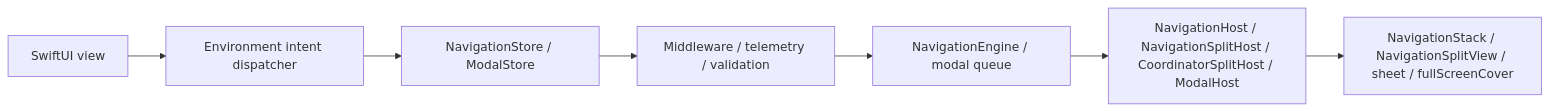
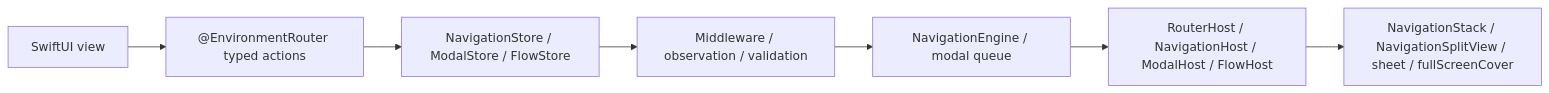
One commit to InnoSquadCorp/InnoRouter changed the first of 2 diagrams in README.md. Above: the diagram before and after it, drawn with Mermaid. The commit also changed other lines of this file and 57 other files, not shown here.

````diff
--- a/README.md
+++ b/README.md
@@ -359,9 +359,9 @@
 ```mermaid
 flowchart LR
-    View["SwiftUI view"] --> Intent["Environment intent dispatcher"]
-    Intent --> Store["NavigationStore / ModalStore"]
-    Store --> Policy["Middleware / telemetry / validation"]
+    View["SwiftUI view"] --> Actions["@EnvironmentRouter typed actions"]
+    Actions --> Store["NavigationStore / ModalStore / FlowStore"]
+    Store --> Policy["Middleware / observation / validation"]
     Policy --> Execution["NavigationEngine / modal queue"]
-    Execution --> Host["NavigationHost / NavigationSplitHost / CoordinatorSplitHost / ModalHost"]
+    Execution --> Host["RouterHost / NavigationHost / ModalHost / FlowHost"]
     Host --> System["NavigationStack / NavigationSplitView / sheet / fullScreenCover"]
 ```
````
